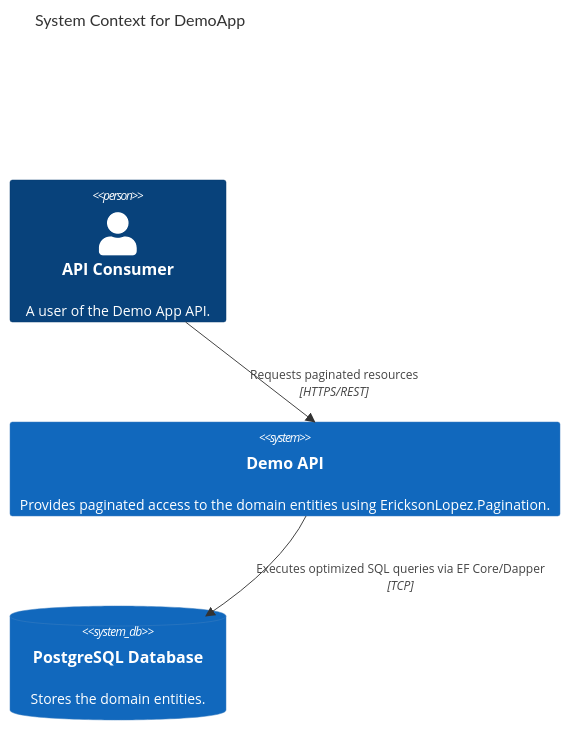
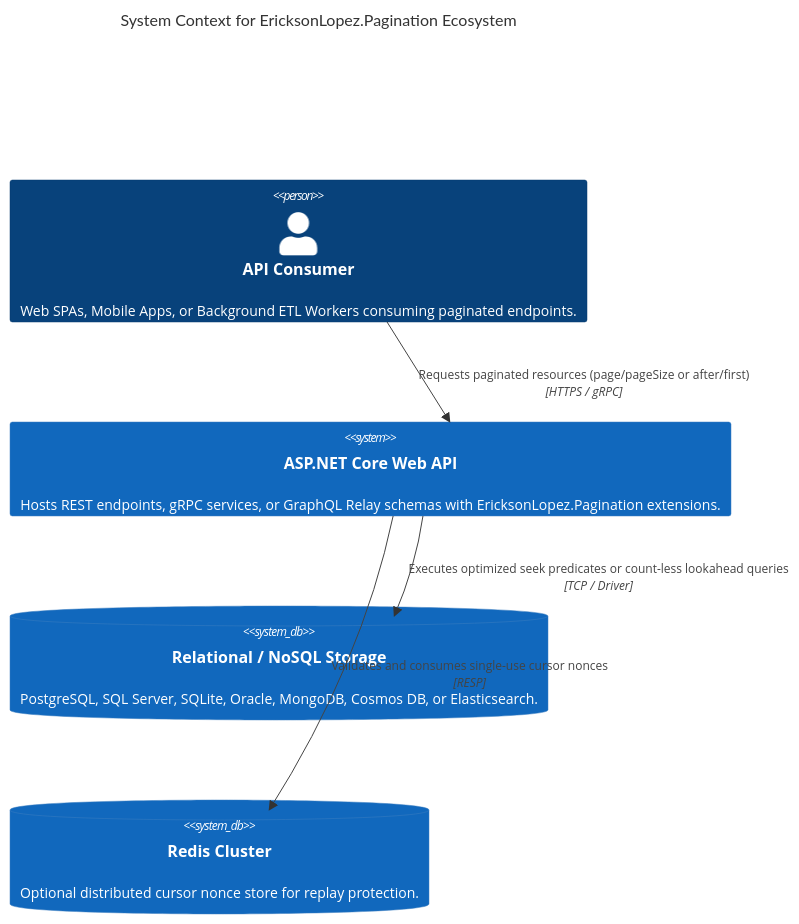
Before and after one commit to ericksonlopezf/dotnet-pagination: the first of 6 diagrams in docs/architecture.md, drawn with Mermaid. The commit also changed other lines of this file and 407 other files, not shown here.

````diff
--- a/docs/architecture.md
+++ b/docs/architecture.md
@@ -16,11 +25,13 @@
 ```mermaid
 C4Context
-    title System Context for DemoApp
+    title System Context for EricksonLopez.Pagination Ecosystem
 
-    Person(user, "API Consumer", "A user of the Demo App API.")
-    System(demoApp, "Demo API", "Provides paginated access to the domain entities using EricksonLopez.Pagination.")
-    SystemDb(database, "PostgreSQL Database", "Stores the domain entities.")
+    Person(user, "API Consumer", "Web SPAs, Mobile Apps, or Background ETL Workers consuming paginated endpoints.")
+    System(app, "ASP.NET Core Web API", "Hosts REST endpoints, gRPC services, or GraphQL Relay schemas with EricksonLopez.Pagination extensions.")
+    SystemDb(database, "Relational / NoSQL Storage", "PostgreSQL, SQL Server, SQLite, Oracle, MongoDB, Cosmos DB, or Elasticsearch.")
+    SystemDb(redis, "Redis Cluster", "Optional distributed cursor nonce store for replay protection.")
 
-    Rel(user, demoApp, "Requests paginated resources", "HTTPS/REST")
-    Rel(demoApp, database, "Executes optimized SQL queries via EF Core/Dapper", "TCP")
+    Rel(user, app, "Requests paginated resources (page/pageSize or after/first)", "HTTPS / gRPC")
+    Rel(app, database, "Executes optimized seek predicates or count-less lookahead queries", "TCP / Driver")
+    Rel(app, redis, "Validates and consumes single-use cursor nonces", "RESP")
 ```
````
